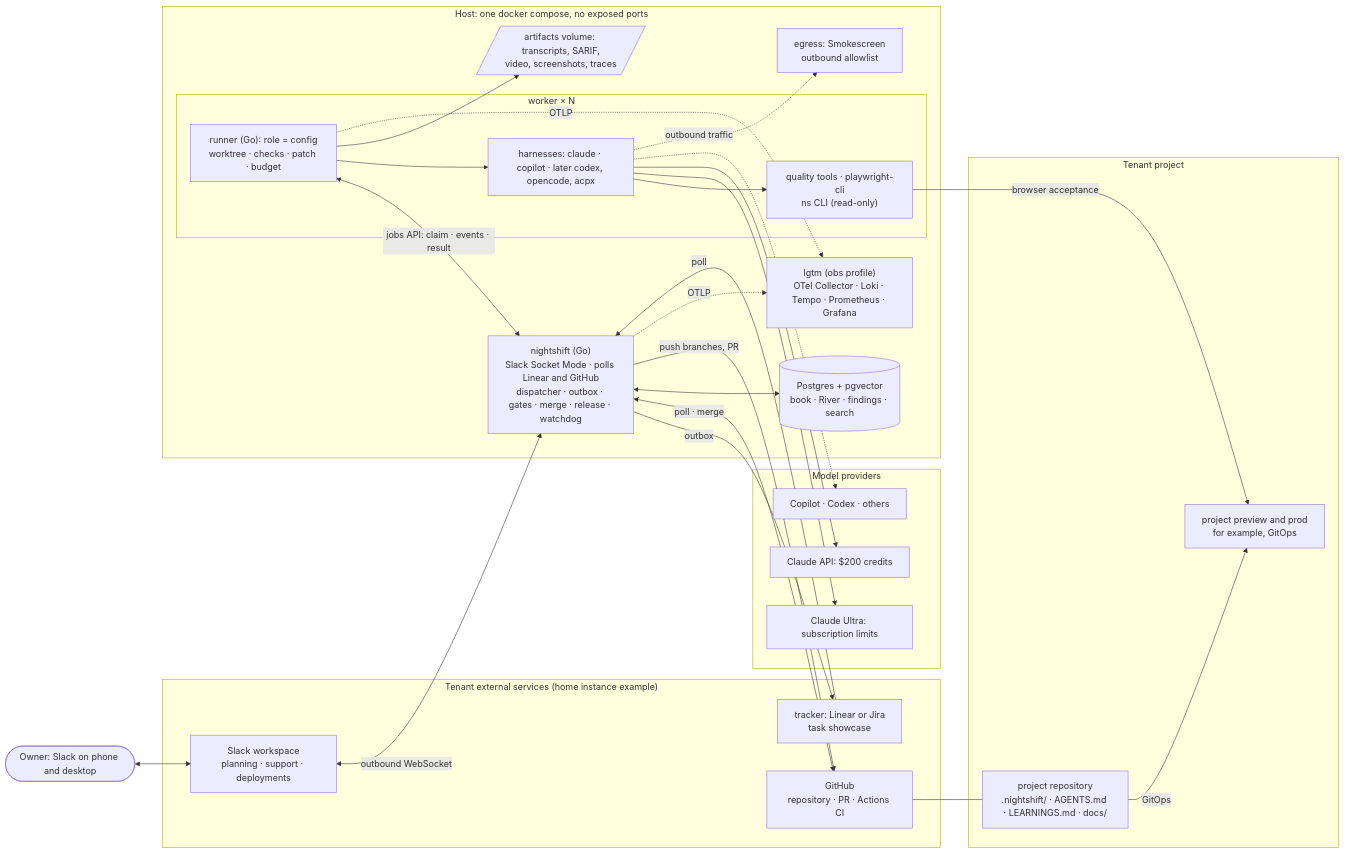
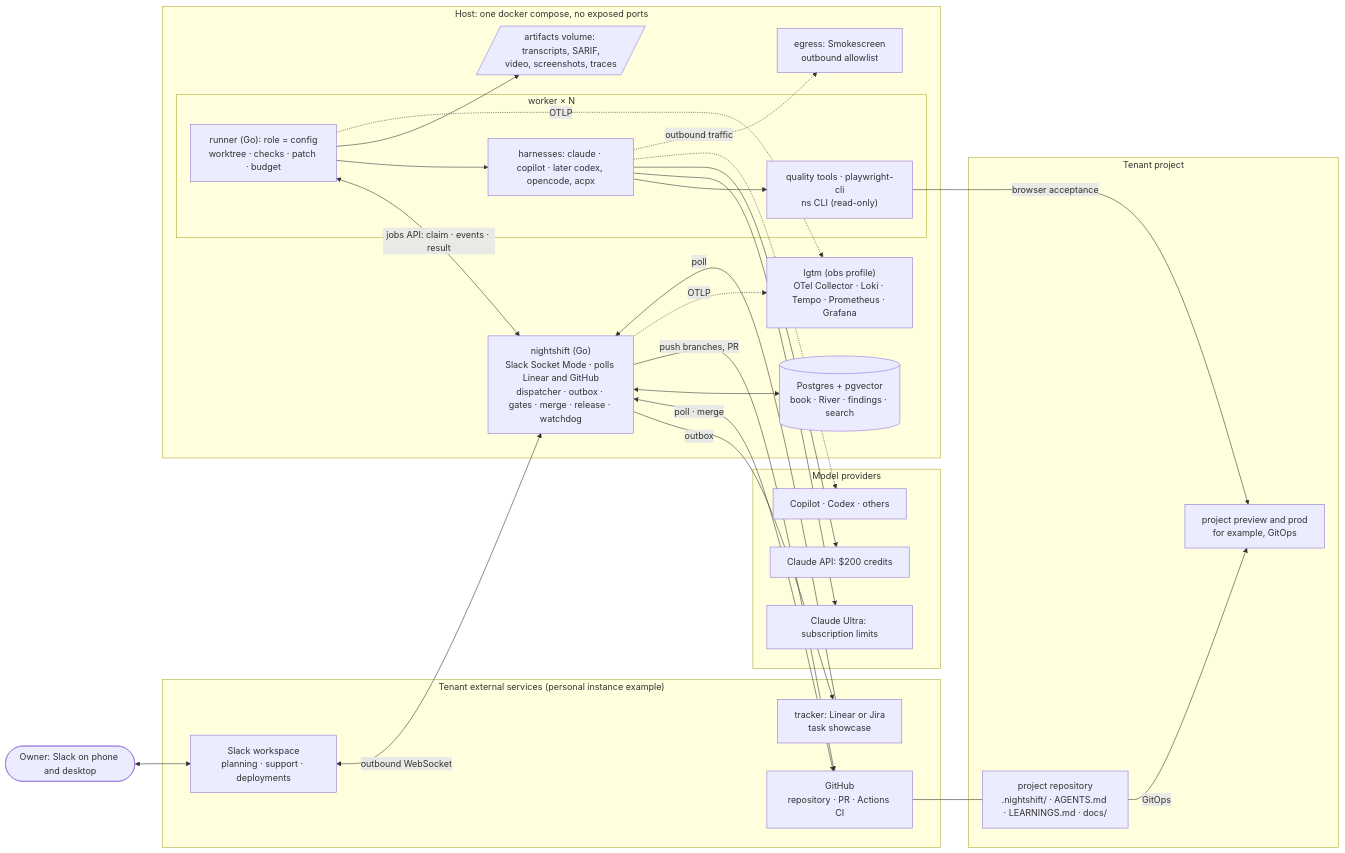
Before and after one commit to IlyaChakun/nightshift: the first of 3 diagrams in docs/design.md, drawn with Mermaid. The commit also changed other lines of this file and 7 other files, not shown here.

````diff
--- a/docs/design.md
+++ b/docs/design.md
@@ -78,55 +78,55 @@
 ```mermaid
 flowchart LR
   owner(["Owner: Slack on phone and desktop"])
 
-  subgraph EXT["Tenant external services (home instance example)"]
+  subgraph EXT["Tenant external services (personal instance example)"]
     slack["Slack workspace<br/>planning · support · deployments"]
     linear["tracker: Linear or Jira<br/>task showcase"]
     gh["GitHub<br/>repository · PR · Actions CI"]
   end
 
   subgraph LLM["Model providers"]
     csub["Claude Ultra: subscription limits"]
     capi["Claude API: $200 credits"]
     oth["Copilot · Codex · others"]
   end
 
   subgraph HOST["Host: one docker compose, no exposed ports"]
     ns["nightshift (Go)<br/>Slack Socket Mode · polls Linear and GitHub<br/>dispatcher · outbox · gates · merge · release · watchdog"]
     pg[("Postgres + pgvector<br/>book · River · findings · search")]
     subgraph WK["worker × N"]
       run["runner (Go): role = config<br/>worktree · checks · patch · budget"]
       har["harnesses: claude · copilot · later codex, opencode, acpx"]
       tl["quality tools · playwright-cli<br/>ns CLI (read-only)"]
     end
     art[/"artifacts volume: transcripts, SARIF,<br/>video, screenshots, traces"/]
     obs["lgtm (obs profile)<br/>OTel Collector · Loki · Tempo · Prometheus · Grafana"]
     px["egress: Smokescreen<br/>outbound allowlist"]
   end
 
   subgraph TEN["Tenant project"]
     repo["project repository<br/>.nightshift/ · AGENTS.md · LEARNINGS.md · docs/"]
     env["project preview and prod<br/>for example, GitOps"]
   end
 
   owner <--> slack
   slack <-->|"outbound WebSocket"| ns
   ns -->|"outbox"| linear
   linear -->|"poll"| ns
   ns <-->|"poll · merge"| gh
   ns <--> pg
   run <-->|"jobs API: claim · events · result"| ns
   run --> har
   har --> tl
   har --> csub
   har --> capi
   har -.-> oth
   run --> art
   ns -->|"push branches, PR"| gh
   ns -.->|"OTLP"| obs
   run -.->|"OTLP"| obs
   har -.->|"outbound traffic"| px
   gh --- repo
   repo -->|"GitOps"| env
   tl -->|"browser acceptance"| env
 ```
````
